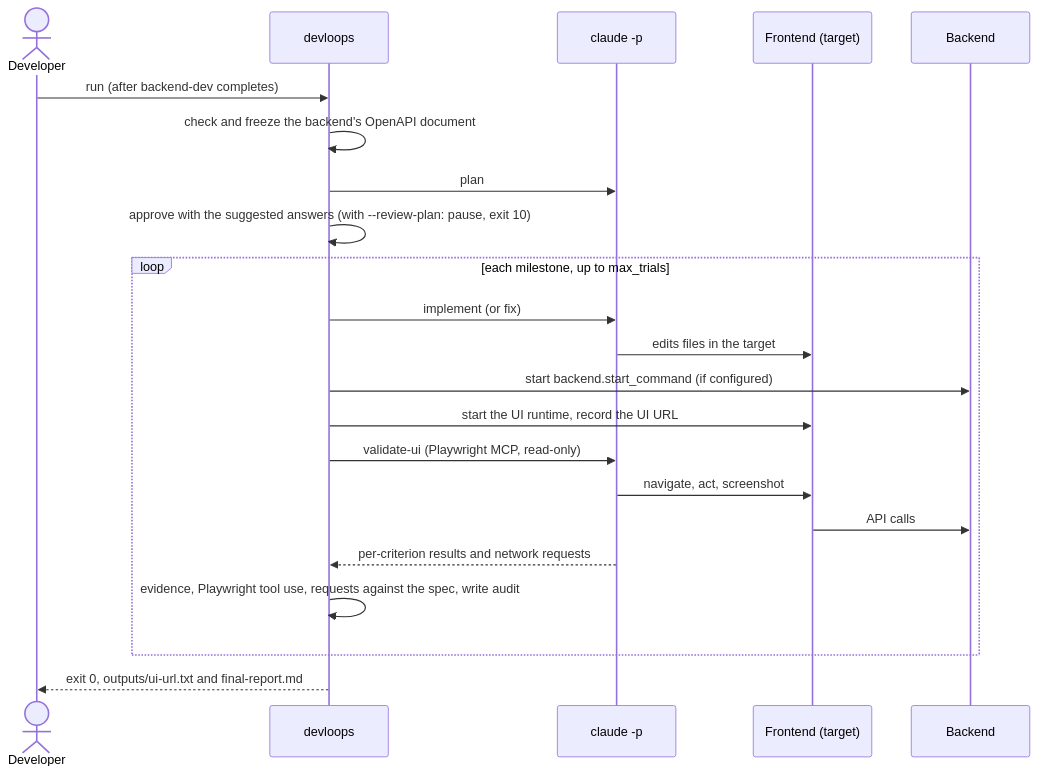
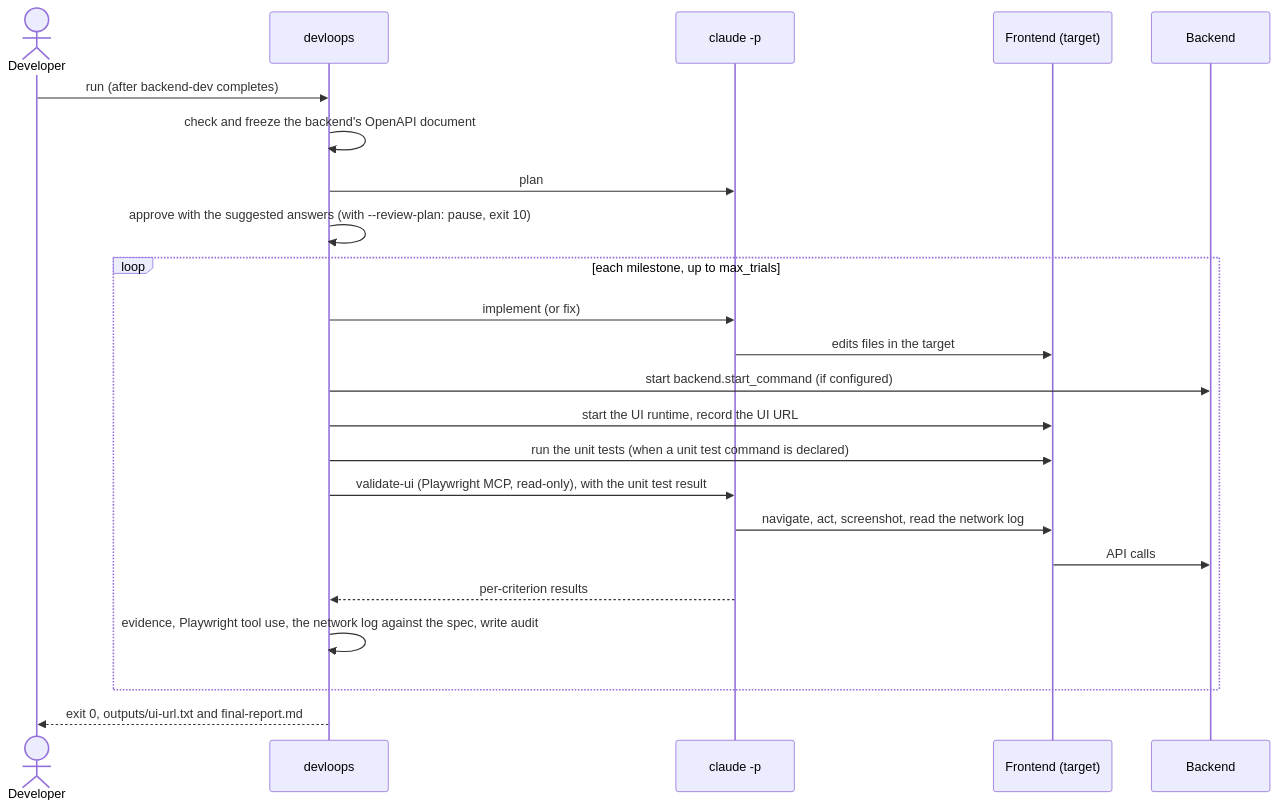
One commit to youssef7ussien/claude-devloops changed the second of 3 diagrams in loops/README.md. Above: the diagram before and after it, drawn with Mermaid. The commit also changed other lines of this file and 14 other files, not shown here.

````diff
--- a/loops/README.md
+++ b/loops/README.md
@@ -475,24 +475,25 @@
 ```mermaid
 sequenceDiagram
     actor Dev as Developer
     participant CLI as devloops
     participant Claude as claude -p
     participant UI as Frontend (target)
     participant API as Backend
     Dev->>CLI: run (after backend-dev completes)
     CLI->>CLI: check and freeze the backend's OpenAPI document
     CLI->>Claude: plan
     CLI->>CLI: approve with the suggested answers (with --review-plan: pause, exit 10)
     loop each milestone, up to max_trials
         CLI->>Claude: implement (or fix)
         Claude->>UI: edits files in the target
         CLI->>API: start backend.start_command (if configured)
         CLI->>UI: start the UI runtime, record the UI URL
-        CLI->>Claude: validate-ui (Playwright MCP, read-only)
-        Claude->>UI: navigate, act, screenshot
+        CLI->>UI: run the unit tests (when a unit test command is declared)
+        CLI->>Claude: validate-ui (Playwright MCP, read-only), with the unit test result
+        Claude->>UI: navigate, act, screenshot, read the network log
         UI->>API: API calls
-        Claude-->>CLI: per-criterion results and network requests
-        CLI->>CLI: evidence, Playwright tool use, requests against the spec, write audit
+        Claude-->>CLI: per-criterion results
+        CLI->>CLI: evidence, Playwright tool use, the network log against the spec, write audit
     end
     CLI-->>Dev: exit 0, outputs/ui-url.txt and final-report.md
 ```
````
